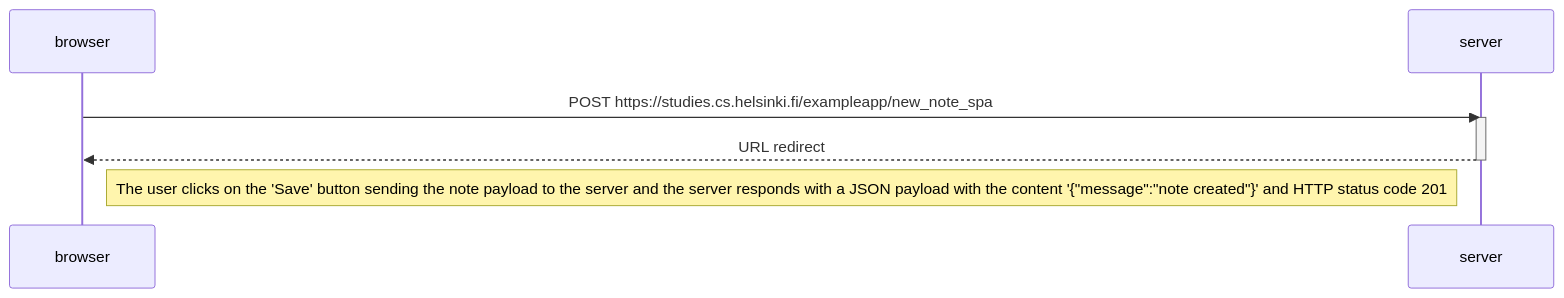
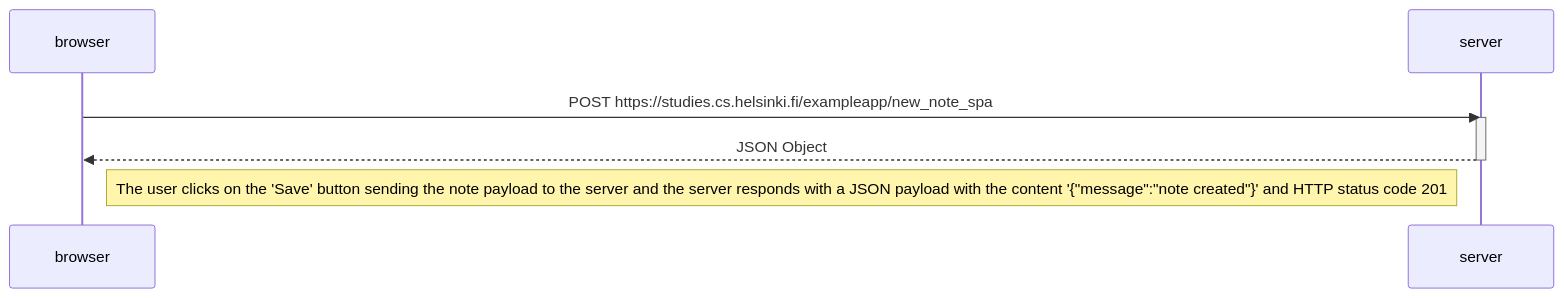
The diagram in part0/0.6-new_note_in_spa.md (Lrodriguez9719/fullstackopen), drawn with Mermaid before and after one commit.

Commit message:
Make correction

````diff
--- a/part0/0.6-new_note_in_spa.md
+++ b/part0/0.6-new_note_in_spa.md
@@ -3,12 +3,12 @@
 ```mermaid
   sequenceDiagram
     participant browser
     participant server
 
     browser->>server: POST https://studies.cs.helsinki.fi/exampleapp/new_note_spa
     activate server
-    server-->>browser: URL redirect
+    server-->>browser: JSON Object
     deactivate server
 
     Note right of browser: The user clicks on the 'Save' button sending the note payload to the server and the server responds with a JSON payload with the content '{"message":"note created"}' and HTTP status code 201
 ```
````
